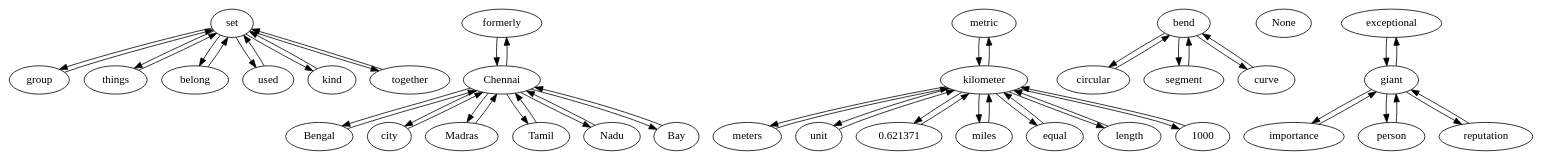
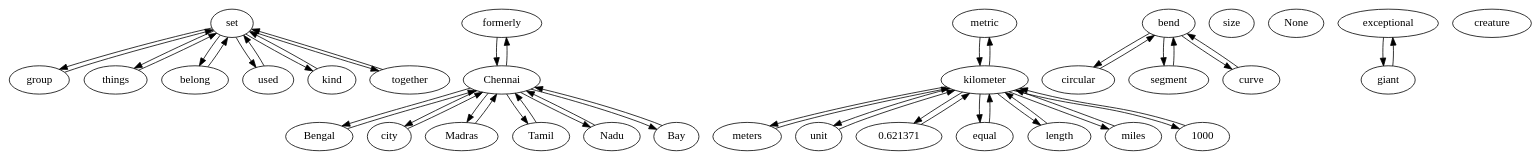
Before and after one commit to shrinivaasanka/asfer-github-code: the diagram in python-src/InterviewAlgorithm/InterviewAlgorithmWithIntrinisicMerit_Crawl_Visual_RGOGraph.dot, drawn with Graphviz. The commit also changed 9 other files, not shown here.

```diff
--- a/python-src/InterviewAlgorithm/InterviewAlgorithmWithIntrinisicMerit_Crawl_Visual_RGOGraph.dot
+++ b/python-src/InterviewAlgorithm/InterviewAlgorithmWithIntrinisicMerit_Crawl_Visual_RGOGraph.dot
@@ -1,92 +1,85 @@
 strict digraph G {
 set;
 formerly;
 metric;
 Bengal;
 meters;
 bend;
 unit;
+size;
 city;
 "0.621371";
 Chennai;
 group;
 Madras;
 things;
 belong;
 kilometer;
 Tamil;
 Nadu;
 circular;
 None;
 used;
 exceptional;
-importance;
 giant;
 Bay;
 segment;
 kind;
-miles;
 curve;
 equal;
 together;
-person;
 length;
-reputation;
+miles;
+creature;
 1000;
 set -> kind;
 set -> used;
 set -> group;
 set -> things;
 set -> belong;
 set -> together;
 formerly -> Chennai;
 metric -> kilometer;
 Bengal -> Chennai;
 meters -> kilometer;
 bend -> curve;
 bend -> segment;
 bend -> circular;
 unit -> kilometer;
 city -> Chennai;
 "0.621371" -> kilometer;
 Chennai -> city;
 Chennai -> Madras;
 Chennai -> formerly;
 Chennai -> Bengal;
 Chennai -> Bay;
 Chennai -> Tamil;
 Chennai -> Nadu;
 group -> set;
 Madras -> Chennai;
 things -> set;
 belong -> set;
 kilometer -> "0.621371";
 kilometer -> metric;
 kilometer -> equal;
 kilometer -> length;
 kilometer -> miles;
 kilometer -> meters;
 kilometer -> unit;
 kilometer -> 1000;
 Tamil -> Chennai;
 Nadu -> Chennai;
 circular -> bend;
 used -> set;
 exceptional -> giant;
-importance -> giant;
-giant -> importance;
-giant -> person;
-giant -> reputation;
 giant -> exceptional;
 Bay -> Chennai;
 segment -> bend;
 kind -> set;
-miles -> kilometer;
 curve -> bend;
 equal -> kilometer;
 together -> set;
-person -> giant;
 length -> kilometer;
-reputation -> giant;
+miles -> kilometer;
 1000 -> kilometer;
 }
```
